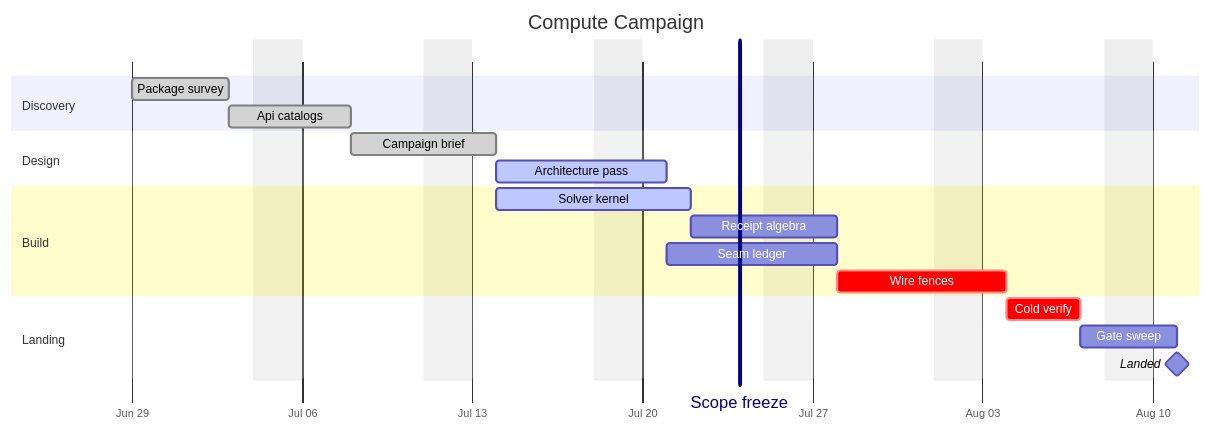
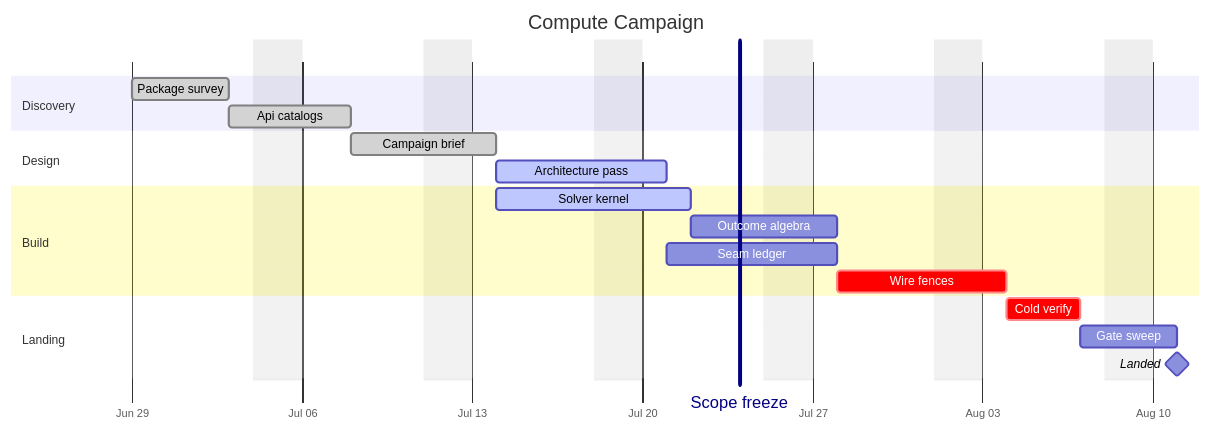
The diagram in .claude/skills/mermaid-diagramming/templates/schedule.mmd.md (bsamiee/Rasm), drawn with Mermaid before and after one commit. The commit also changed 1417 other files, not shown here.

````diff
--- a/.claude/skills/mermaid-diagramming/templates/schedule.mmd.md
+++ b/.claude/skills/mermaid-diagramming/templates/schedule.mmd.md
@@ -5,37 +5,37 @@
 ```mermaid
 ---
 config:
   gantt:
     barHeight: 20
     barGap: 5
     topPadding: 70
     leftPadding: 110
     rightPadding: 40
     gridLineStartPadding: 35
 ---
 gantt
   accTitle: Compute campaign schedule
   accDescr: A six-week compute campaign from survey and brief through parallel kernel and seam workstreams, gated by a scope freeze, converging on a verified landing milestone.
   title Compute Campaign
   dateFormat YYYY-MM-DD
   axisFormat %b %d
   tickInterval 1week
   weekday monday
   excludes weekends
   section Discovery
   Package survey :done, d1, 2026-06-29, 4d
   Api catalogs :done, d2, after d1, 3d
   section Design
   Campaign brief :done, b1, after d2, 4d
   Architecture pass :active, b2, after b1, 5d
   Scope freeze :vert, v1, 2026-07-24, 0d
   section Build
   Solver kernel :active, k1, after b1, 6d
-  Receipt algebra :k2, after k1, 4d
+  Outcome algebra :k2, after k1, 4d
   Seam ledger :s1, after b2, 5d
   Wire fences :crit, s2, after s1, 5d
   section Landing
   Cold verify :crit, l1, after k2 s2, 3d
   Gate sweep :l2, after l1, 2d
   Landed :milestone, m1, after l2, 0d
 ```
````
